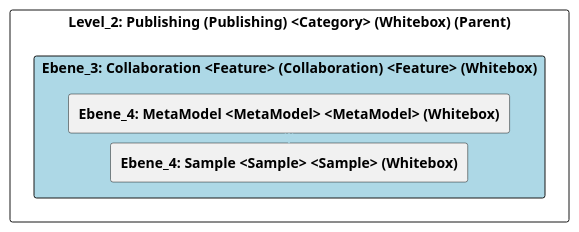
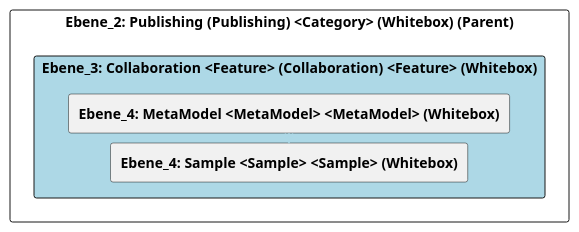
One commit to marcozwyssig/cleon changed the diagram in doc/cleonproject_deliverables_architecture_model_architecture/adoc/de/05_bausteinsicht/cleon/publishing/collaboration/ebene_3_collaboration.adoc. Above: the diagram before and after it, drawn with PlantUML. The commit also changed other lines of this file and 620 other files, not shown here.

```diff
--- a/doc/cleonproject_deliverables_architecture_model_architecture/adoc/de/05_bausteinsicht/cleon/publishing/collaboration/ebene_3_collaboration.adoc
+++ b/doc/cleonproject_deliverables_architecture_model_architecture/adoc/de/05_bausteinsicht/cleon/publishing/collaboration/ebene_3_collaboration.adoc
@@ -20,28 +20,28 @@
 [plantuml, Ebene_3: Collaboration <Feature> (Collaboration) <Feature> (Whitebox)BlockOverview, format="svg"]
 ----
 @startuml Ebene_3: Collaboration <Feature> (Collaboration) <Feature> (Whitebox)BuildingBlockOverview
 
 skinparam ranksep 10
 skinparam componentStyle rectangle
 skinparam shadowing false
 skinparam arrowColor lightblue
 skinparam arrowThickness 1.2
 skinparam rectangle {
   BackgroundColor White
   BorderColor #333
   RoundCorner 10
 }
 top to bottom direction
 
-component "Level_2: Publishing (Publishing) <Category> (Whitebox) (Parent)" {
+component "Ebene_2: Publishing (Publishing) <Category> (Whitebox) (Parent)" {
     component "Ebene_3: Collaboration <Feature> (Collaboration) <Feature> (Whitebox)" #lightblue {
         [**Ebene_4: MetaModel <MetaModel> <MetaModel> (Whitebox)**] as 4A56DE41_D579_11EE_903E_9F564E4DE07E
         [**Ebene_4: Sample <Sample> <Sample> (Whitebox)**] as 4A56DE45_D579_11EE_903E_9F564E4DE07E
     }
 
     4A56DE41_D579_11EE_903E_9F564E4DE07E -down-> 4A56DE45_D579_11EE_903E_9F564E4DE07E
     
 }
 
 @enduml
 ----
```
